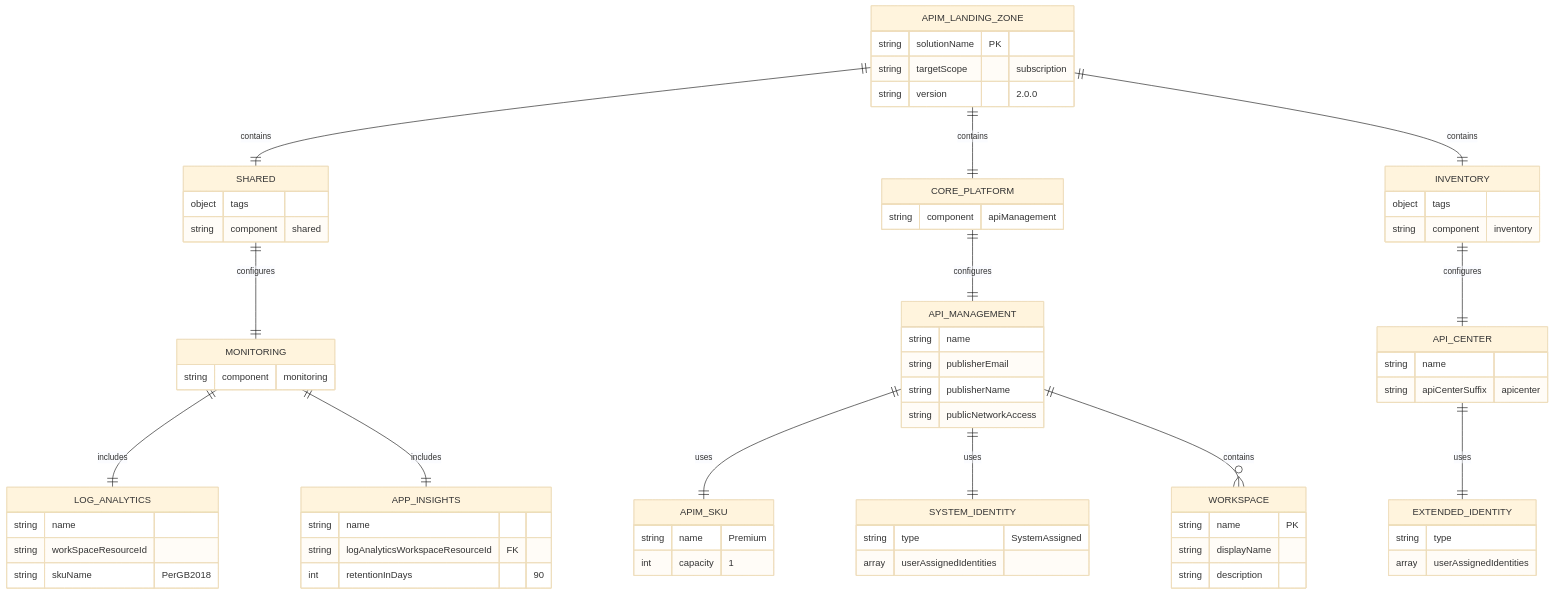
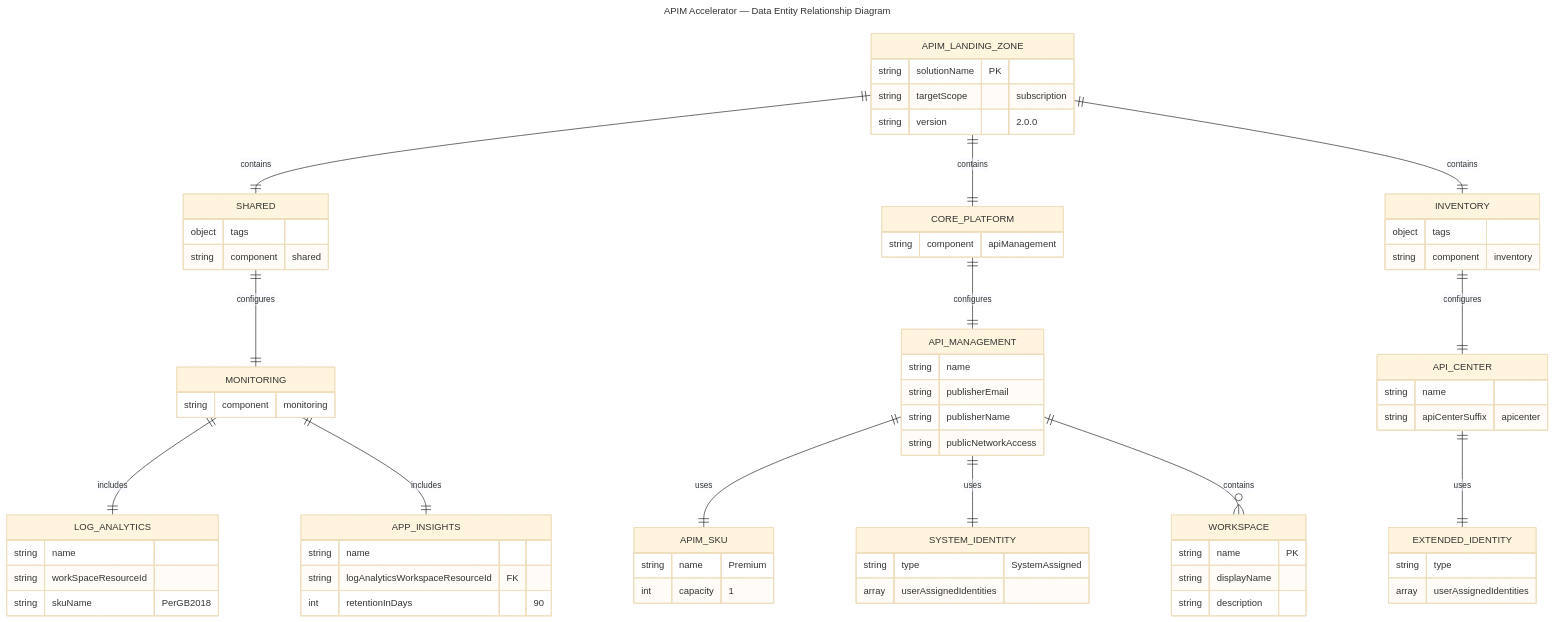
One commit to Evilazaro/APIM-Accelerator changed the third of 4 diagrams in docs/architecture/data-architecture.md. Above: the diagram before and after it, drawn with Mermaid. The commit also changed other lines of this file, not shown here.

Commit message:
style: update Mermaid diagram configurations and enhance documentation clarity

````diff
--- a/docs/architecture/data-architecture.md
+++ b/docs/architecture/data-architecture.md
@@ -563,10 +570,12 @@
 ```mermaid
 ---
+title: "APIM Accelerator — Data Entity Relationship Diagram"
 config:
   theme: base
   look: classic
+  layout: dagre
   themeVariables:
-    fontSize: "16px"
+    fontSize: '16px'
 ---
 erDiagram
     accTitle: APIM Accelerator Data Entity Relationship Diagram
````
